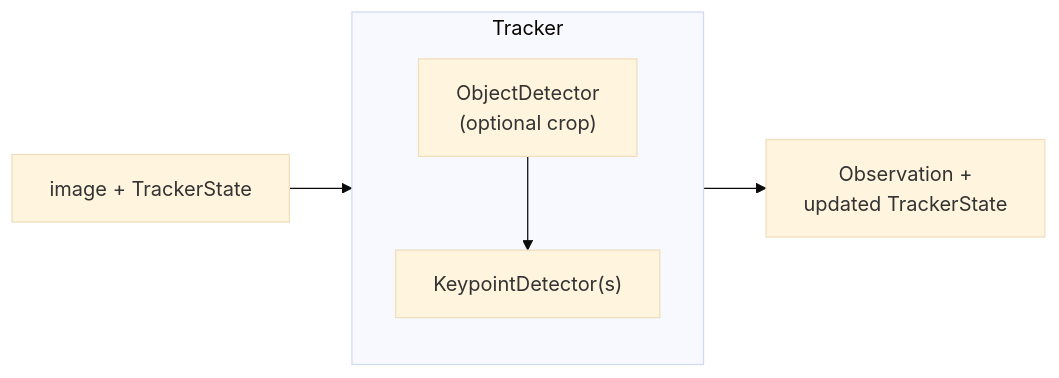
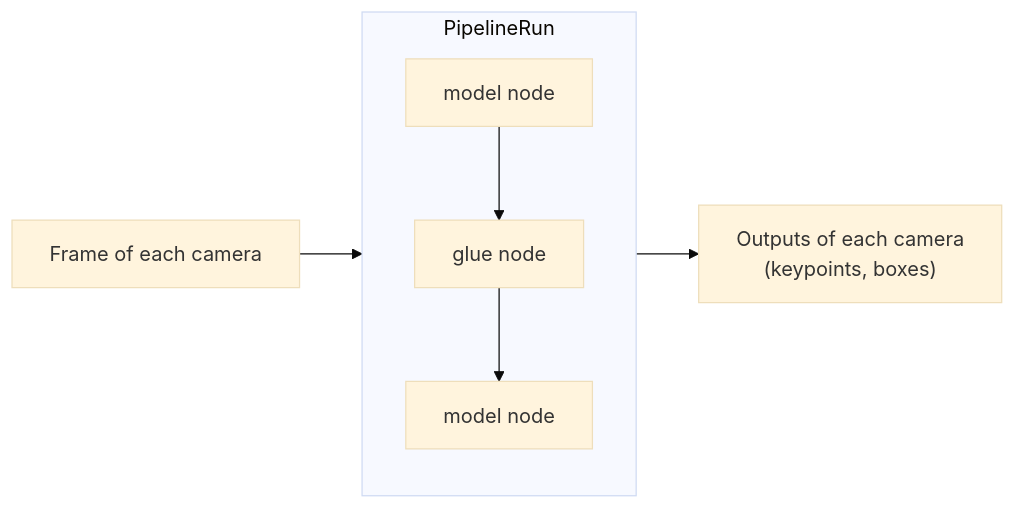
One commit to domisjustanumber/skellytracker changed the diagram in skellytracker-docs/docs/intro.mdx. Above: the diagram before and after it, drawn with Mermaid (base theme). The commit also changed other lines of this file and 38 other files, not shown here.

````diff
--- a/skellytracker-docs/docs/intro.mdx
+++ b/skellytracker-docs/docs/intro.mdx
@@ -34,9 +27,9 @@
 ```mermaid
 flowchart LR
-    IN["image + TrackerState"] --> TR
-    subgraph TR["Tracker"]
+    F["Frame of each camera"] --> R
+    subgraph R["PipelineRun"]
       direction TB
-      OD["ObjectDetector<br/>(optional crop)"] --> KD["KeypointDetector(s)"]
+      N1["model node"] --> N2["glue node"] --> N3["model node"]
     end
-    TR --> OUT["Observation +<br/>updated TrackerState"]
+    R --> O["Outputs of each camera<br/>(keypoints, boxes)"]
 ```
````
